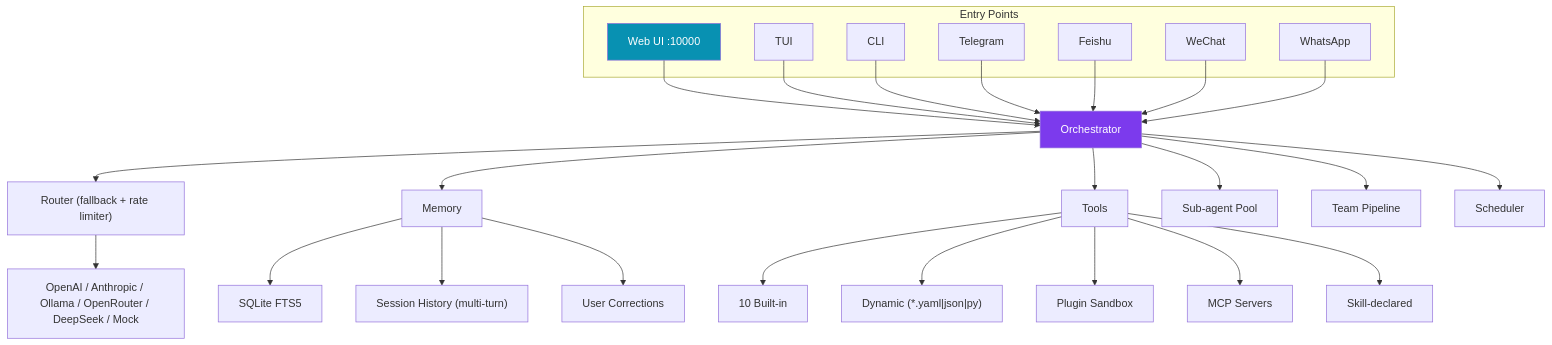
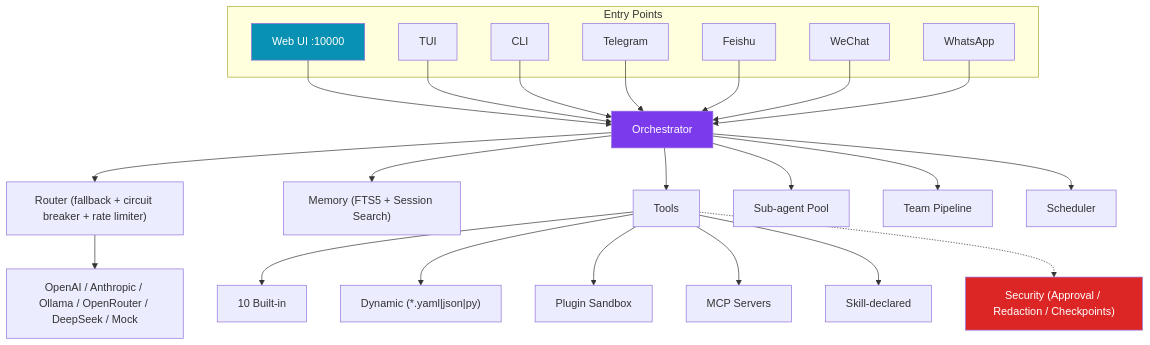
One commit to Alex663028/pulse-agent changed the diagram in README.md. Above: the diagram before and after it, drawn with Mermaid. The commit also changed other lines of this file and 5 other files, not shown here.

````diff
--- a/README.md
+++ b/README.md
@@ -71,45 +81,45 @@
 ```mermaid
 graph TD
     subgraph Entry Points
         TUI["TUI"]
         CLI["CLI"]
         WEB["Web UI :10000"]
         TG["Telegram"]
         FS["Feishu"]
         WX["WeChat"]
         WA["WhatsApp"]
     end
 
     ORCH["Orchestrator"]
-    ROUTER["Router (fallback + rate limiter)"]
+    ROUTER["Router (fallback + circuit breaker + rate limiter)"]
 
     ORCH --> ROUTER
     ROUTER --> P["OpenAI / Anthropic / Ollama / OpenRouter / DeepSeek / Mock"]
 
-    ORCH --> MEM["Memory"]
+    ORCH --> MEM["Memory (FTS5 + Session Search)"]
     ORCH --> TOOLS["Tools"]
     ORCH --> SUB["Sub-agent Pool"]
     ORCH --> TEAM["Team Pipeline"]
     ORCH --> CRON["Scheduler"]
 
     TOOLS --> BUILTIN["10 Built-in"]
     TOOLS --> DYNAMIC["Dynamic (*.yaml|json|py)"]
     TOOLS --> PLUGINS["Plugin Sandbox"]
     TOOLS --> MCP["MCP Servers"]
     TOOLS --> SKILL_TOOLS["Skill-declared"]
 
-    MEM --> FTS5["SQLite FTS5"]
-    MEM --> SESSION["Session History (multi-turn)"]
-    MEM --> CORRECTIONS["User Corrections"]
+    SEC["Security (Approval / Redaction / Checkpoints)"]
+    TOOLS -.-> SEC
 
     WEB --> ORCH
     TUI --> ORCH
     CLI --> ORCH
     TG --> ORCH
     FS --> ORCH
     WX --> ORCH
     WA --> ORCH
 
     style ORCH fill:#7c3aed,color:#fff
     style WEB fill:#0891b2,color:#fff
+    style SEC fill:#dc2626,color:#fff
 ```
````
